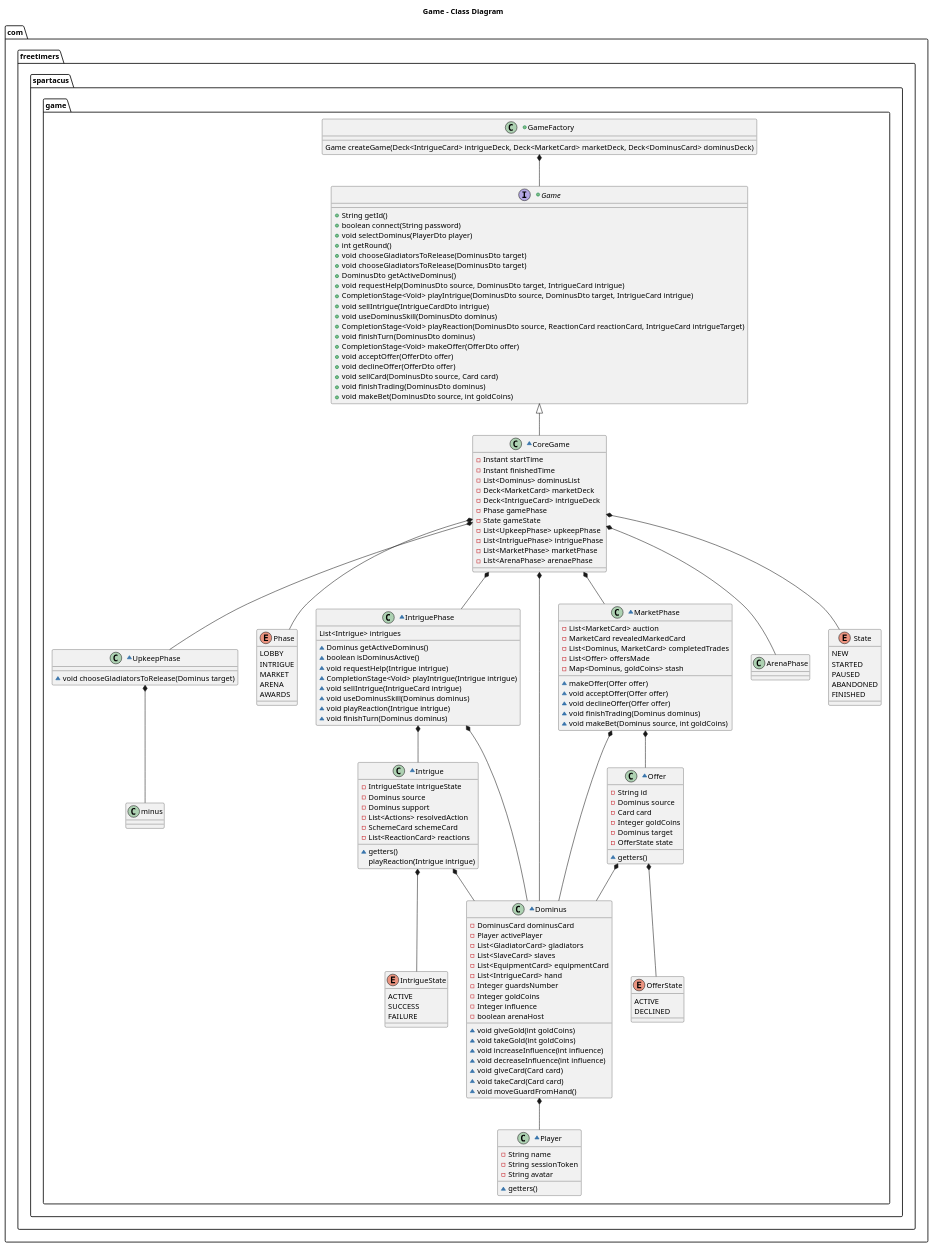
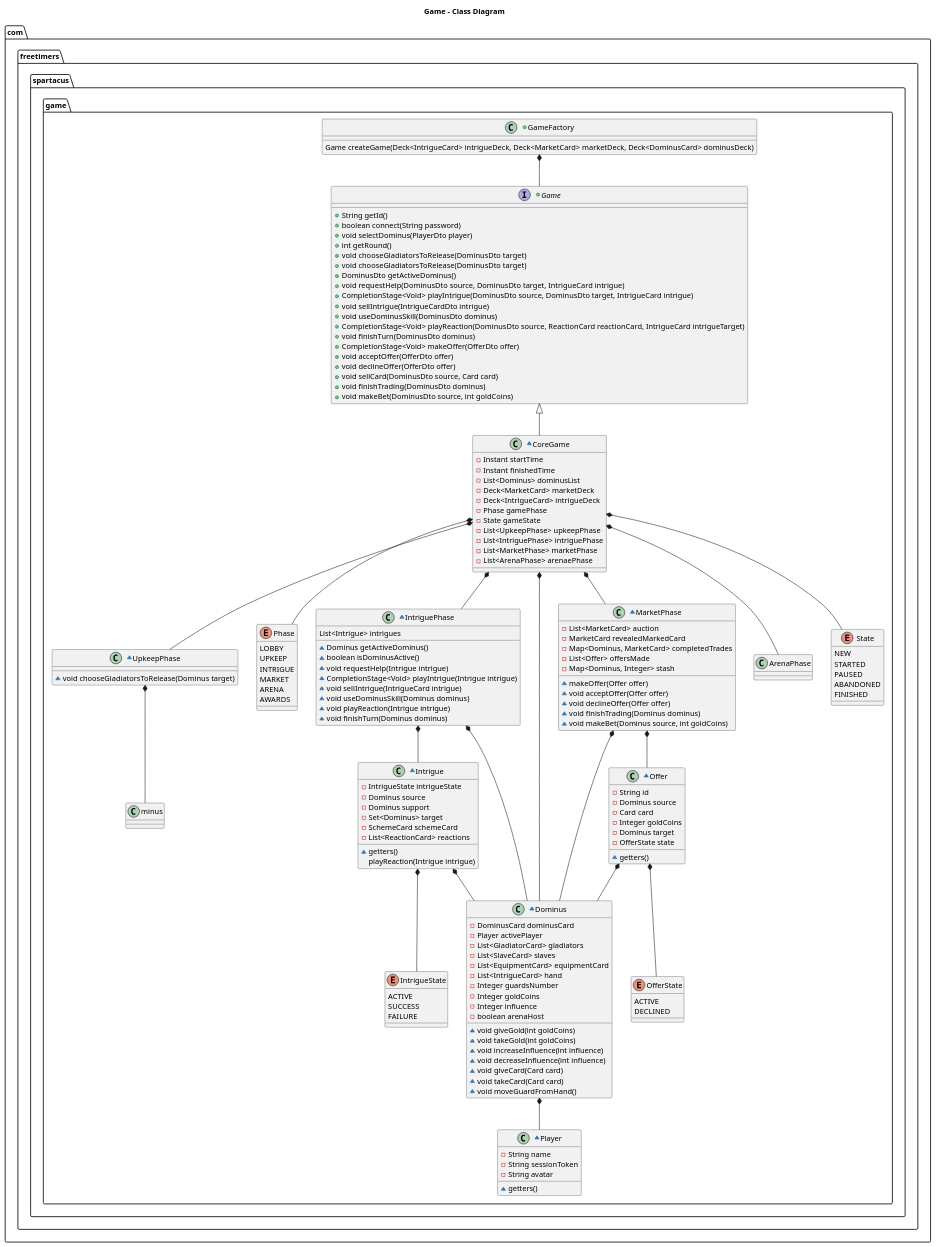
The diagram in Docs/GameClassDiagram.puml (v-bodnar/Spartaaa), drawn with PlantUML before and after one commit. The commit also changed 43 other files, not shown here.

Commit message:
done diagrams

```diff
--- a/Docs/GameClassDiagram.puml
+++ b/Docs/GameClassDiagram.puml
@@ -1,178 +1,180 @@
 @startuml
 
 title Game - Class Diagram
 
 package "com.freetimers.spartacus.game"{
     +class GameFactory{
         Game createGame(Deck<IntrigueCard> intrigueDeck, Deck<MarketCard> marketDeck, Deck<DominusCard> dominusDeck)
     }
 
     GameFactory *-- Game
 
     +interface Game {
       +String getId()
       +boolean connect(String password)
       +void selectDominus(PlayerDto player)
       +int getRound()
     '  Upkeep
       +void chooseGladiatorsToRelease(DominusDto target)
     '  Intrigue phase
       +void chooseGladiatorsToRelease(DominusDto target)
       +DominusDto getActiveDominus()
       +void requestHelp(DominusDto source, DominusDto target, IntrigueCard intrigue)
       +CompletionStage<Void> playIntrigue(DominusDto source, DominusDto target, IntrigueCard intrigue)
       +void sellIntrigue(IntrigueCardDto intrigue)
       +void useDominusSkill(DominusDto dominus)
       +CompletionStage<Void> playReaction(DominusDto source, ReactionCard reactionCard, IntrigueCard intrigueTarget)
       +void finishTurn(DominusDto dominus)
     '  MarketPhase
       +CompletionStage<Void> makeOffer(OfferDto offer)
       +void acceptOffer(OfferDto offer)
       +void declineOffer(OfferDto offer)
       +void sellCard(DominusDto source, Card card)
       +void finishTrading(DominusDto dominus)
       +void makeBet(DominusDto source, int goldCoins)
     }
 
     ~class CoreGame extends Game{
       -Instant startTime
       -Instant finishedTime
       -List<Dominus> dominusList
       -Deck<MarketCard> marketDeck
       -Deck<IntrigueCard> intrigueDeck
       -Phase gamePhase
       -State gameState
       -List<UpkeepPhase> upkeepPhase
       -List<IntriguePhase> intriguePhase
       -List<MarketPhase> marketPhase
       -List<ArenaPhase> arenaePhase
     }
 
     CoreGame *-- Dominus
     CoreGame *-- Phase
     CoreGame *-- UpkeepPhase
     CoreGame *-- IntriguePhase
     CoreGame *-- MarketPhase
     CoreGame *-- ArenaPhase
     CoreGame *-- State
 
     ~class Dominus{
      -DominusCard dominusCard
      -Player activePlayer
      -List<GladiatorCard> gladiators
      -List<SlaveCard> slaves
      -List<EquipmentCard> equipmentCard
      -List<IntrigueCard> hand
      -Integer guardsNumber
      -Integer goldCoins
      -Integer influence
      -boolean arenaHost
      ~void giveGold(int goldCoins)
      ~void takeGold(int goldCoins)
      ~void increaseInfluence(int influence)
      ~void decreaseInfluence(int influence)
      ~void giveCard(Card card)
      ~void takeCard(Card card)
      ~void moveGuardFromHand()
     }
 
     Dominus*--Player
 
     ~class Player{
      -String name
      -String sessionToken
      -String avatar
      ~getters()
     }
 
     ~class UpkeepPhase{
       ~void chooseGladiatorsToRelease(Dominus target)
     }
 
     UpkeepPhase*--Dominus
 
     ~class IntriguePhase{
      List<Intrigue> intrigues
      ~Dominus getActiveDominus()
      ~boolean isDominusActive()
      ~void requestHelp(Intrigue intrigue)
      ~CompletionStage<Void> playIntrigue(Intrigue intrigue)
      ~void sellIntrigue(IntrigueCard intrigue)
      ~void useDominusSkill(Dominus dominus)
      ~void playReaction(Intrigue intrigue)
      ~void finishTurn(Dominus dominus)
     }
 
     IntriguePhase*-- Dominus
     IntriguePhase*-- Intrigue
 
     ~class Intrigue{
       -IntrigueState intrigueState
       -Dominus source
       -Dominus support
-      -List<Actions> resolvedAction
+      -Set<Dominus> target
       -SchemeCard schemeCard
       -List<ReactionCard> reactions
       ~getters()
       playReaction(Intrigue intrigue)
     }
 
     Intrigue *-- IntrigueState
     Intrigue *-- Dominus
 
     ~class MarketPhase{
         -List<MarketCard> auction
         -MarketCard revealedMarkedCard
-        -List<Dominus, MarketCard> completedTrades
+        -Map<Dominus, MarketCard> completedTrades
         -List<Offer> offersMade
-        -Map<Dominus, goldCoins> stash
+        -Map<Dominus, Integer> stash
         ~makeOffer(Offer offer)
         ~void acceptOffer(Offer offer)
         ~void declineOffer(Offer offer)
         ~void finishTrading(Dominus dominus)
         ~void makeBet(Dominus source, int goldCoins)
     }
 
     MarketPhase *-- Dominus
     MarketPhase *-- Offer
 
     ~class Offer{
         -String id
         -Dominus source
         -Card card
         -Integer goldCoins
         -Dominus target
         -OfferState state
         ~getters()
     }
 
     Offer *-- OfferState
     Offer *-- Dominus
 
     enum IntrigueState{
         ACTIVE
         SUCCESS
         FAILURE
     }
     enum OfferState{
         ACTIVE
         DECLINED
     }
 
     enum State{
         NEW
         STARTED
         PAUSED
         ABANDONED
         FINISHED
     }
 
     enum Phase{
         LOBBY
+        UPKEEP
         INTRIGUE
         MARKET
         ARENA
         AWARDS
+
     }
 }
 @enduml
```
